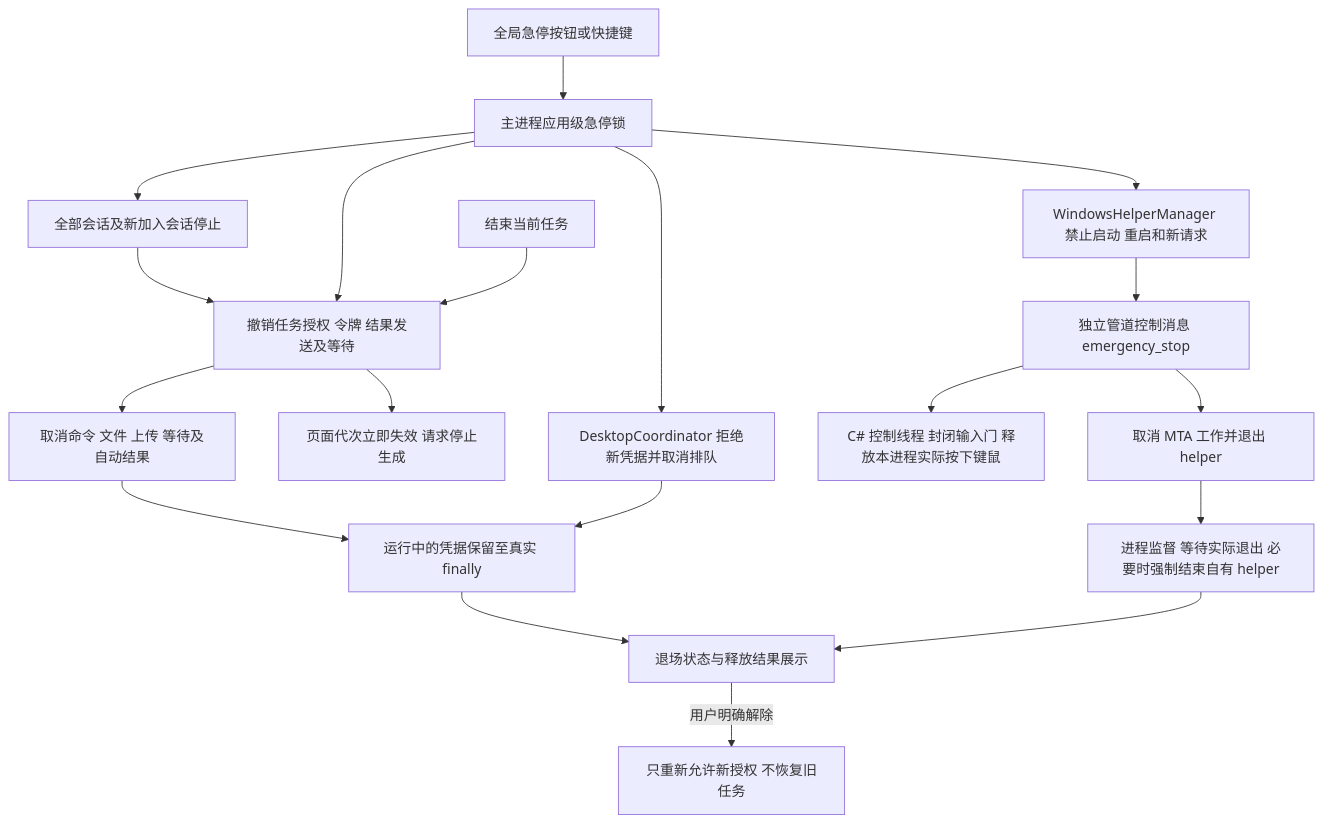
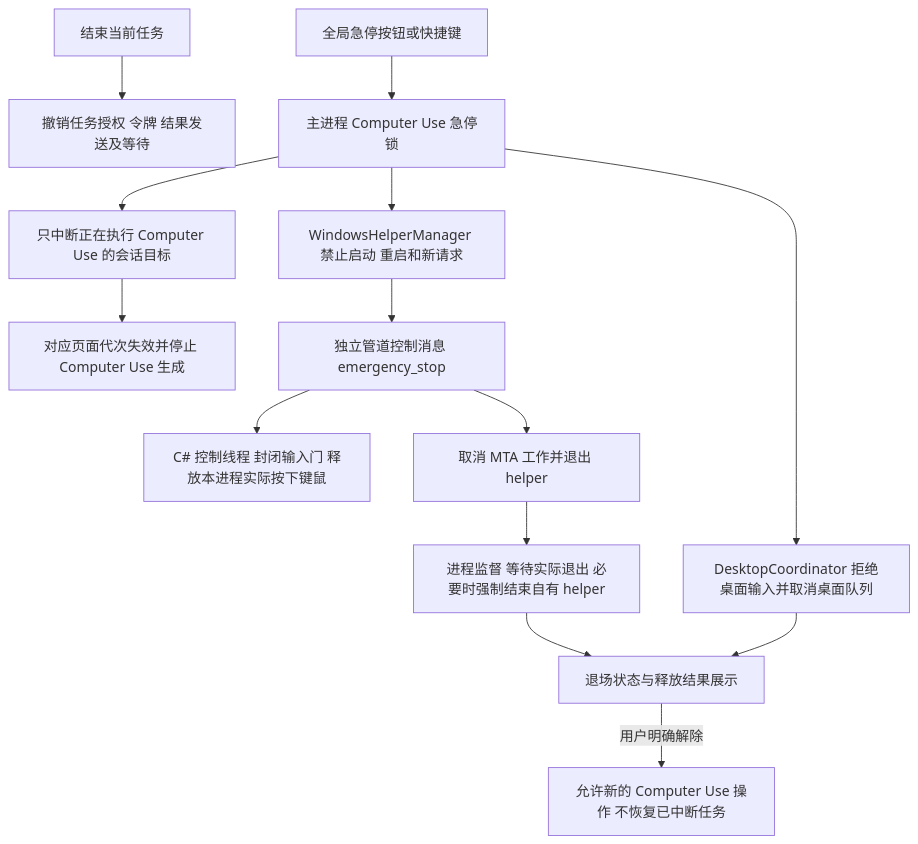
One commit to naledao/Web2Term changed the diagram in docs/deepseek-computer-use-stop.md. Above: the diagram before and after it, drawn with Mermaid. The commit also changed other lines of this file and 25 other files, not shown here.

````diff
--- a/docs/deepseek-computer-use-stop.md
+++ b/docs/deepseek-computer-use-stop.md
@@ -20,21 +20,16 @@
 ```mermaid
 flowchart TD
   U[结束当前任务] --> S[撤销任务授权 令牌 结果发送及等待]
-  G[全局急停按钮或快捷键] --> L[主进程应用级急停锁]
-  L --> D[DesktopCoordinator 拒绝新凭据并取消排队]
+  G[全局急停按钮或快捷键] --> L[主进程 Computer Use 急停锁]
+  L --> D[DesktopCoordinator 拒绝桌面输入并取消桌面队列]
   L --> H[WindowsHelperManager 禁止启动 重启和新请求]
-  L --> S
-  L --> A[全部会话及新加入会话停止]
-  A --> S
-  S --> P[页面代次立即失效 请求停止生成]
-  S --> C[取消命令 文件 上传 等待及自动结果]
+  L --> A[只中断正在执行 Computer Use 的会话目标]
+  A --> P[对应页面代次失效并停止 Computer Use 生成]
   H --> E[独立管道控制消息 emergency_stop]
   E --> N[C# 控制线程 封闭输入门 释放本进程实际按下键鼠]
   E --> M[取消 MTA 工作并退出 helper]
   M --> W[进程监督 等待实际退出 必要时强制结束自有 helper]
-  D --> R[运行中的凭据保留至真实 finally]
-  C --> R
   W --> Q[退场状态与释放结果展示]
-  R --> Q
-  Q -->|用户明确解除| F[只重新允许新授权 不恢复旧任务]
+  D --> Q
+  Q -->|用户明确解除| F[允许新的 Computer Use 操作 不恢复已中断任务]
 ```
````
